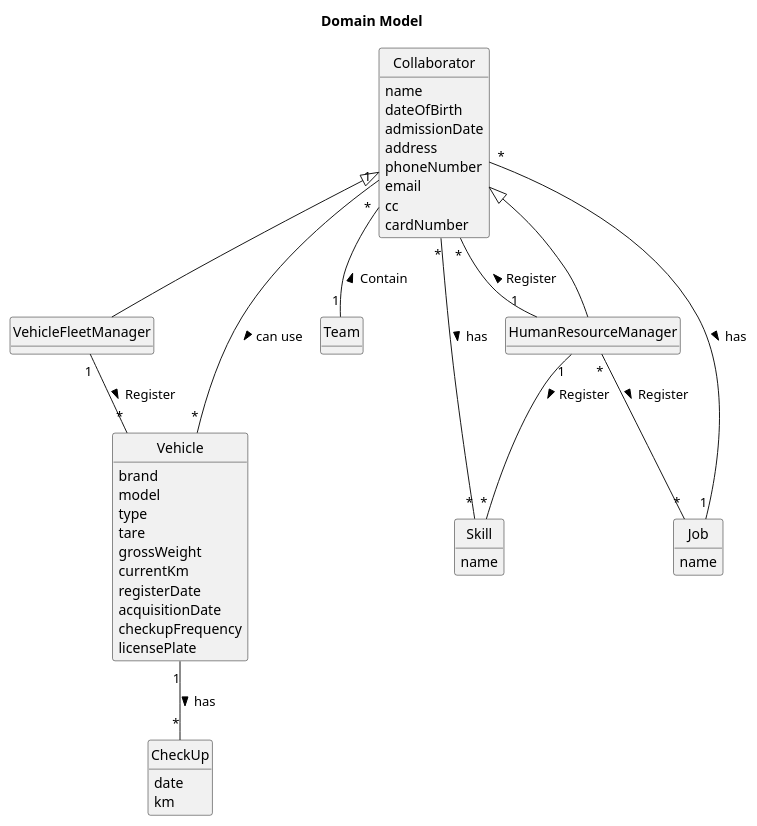
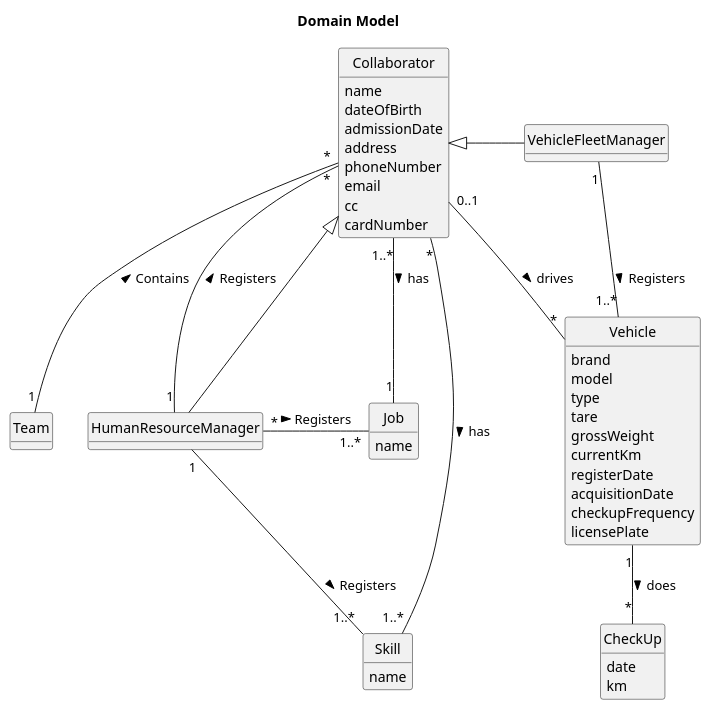
Before and after one commit to Departamento-de-Engenharia-Informatica/lei-24-s2-1db-g022: the diagram in docs/sprintA/global-artifacts/02.analysis/puml/project-domain-model.puml, drawn with PlantUML.

Commit message:
domain model  rectification

```diff
--- a/docs/sprintA/global-artifacts/02.analysis/puml/project-domain-model.puml
+++ b/docs/sprintA/global-artifacts/02.analysis/puml/project-domain-model.puml
@@ -1,74 +1,74 @@
 @startuml
 skinparam monochrome true
 skinparam packageStyle rectangle
 skinparam shadowing false
 skinparam classAttributeIconSize 0
 hide circle
 hide methods
 
 title Domain Model
 
 
 class Collaborator {
     name
     dateOfBirth
     admissionDate
     address
     phoneNumber
     email
     cc
     cardNumber
 
 }
 class VehicleFleetManager {
 
 }
 class HumanResourceManager {
 
 
 }
 
 class Team{
 
 }
 
 class Vehicle{
     brand
     model
     type
     tare
     grossWeight
     currentKm
     registerDate
     acquisitionDate
     checkupFrequency
     licensePlate
 }
 
 class CheckUp{
     date
     km
 }
 
 class Skill{
     name
 }
 
 class Job{
     name
 }
 
 
 Collaborator  <|--  HumanResourceManager
-Collaborator <|-- VehicleFleetManager
-HumanResourceManager "1" -- "*" Collaborator : Register >
-Collaborator "1" -- "*" Vehicle : can use >
-Collaborator "*" -- "1" Team : Contain <
-Vehicle "1" -- "*" CheckUp :  has >
-HumanResourceManager "1" -- "*" Skill : Register >
-Skill "*" -- "*" Collaborator : has <
-Job "1" -- "*" Collaborator : has <
-HumanResourceManager "*" -- "*" Job : Register >
-VehicleFleetManager "1" -- "*" Vehicle : Register >
+Collaborator <|- VehicleFleetManager
+HumanResourceManager "1" -- "*" Collaborator : Registers >
+Collaborator "0..1" -- "*" Vehicle : drives >
+Collaborator "*" -- "1" Team : Contains <
+Vehicle "1" -- "*" CheckUp :  does >
+HumanResourceManager "1" -- "1..*" Skill : Registers >
+Skill "1..*" -- "*" Collaborator : has <
+Job "1" -- "1..*" Collaborator : has <
+HumanResourceManager "*" - "1..*" Job : Registers >
+VehicleFleetManager "1" -- "1..*" Vehicle : Registers >
 
 @enduml
```
